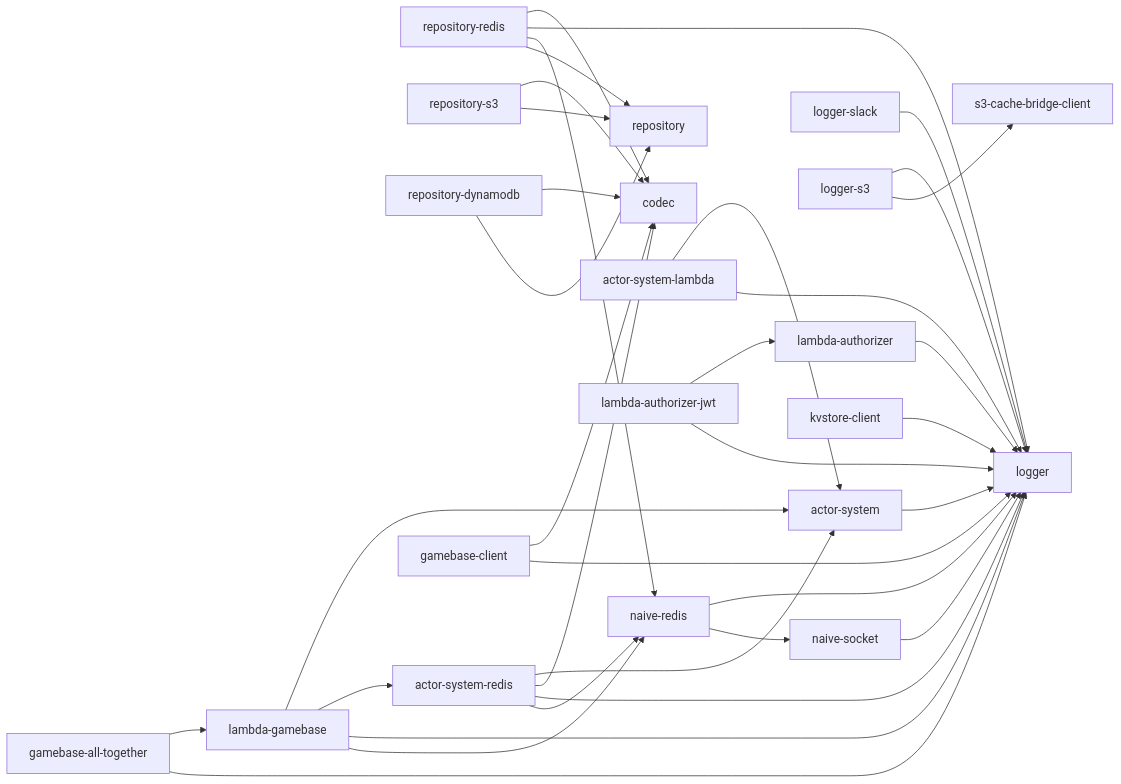
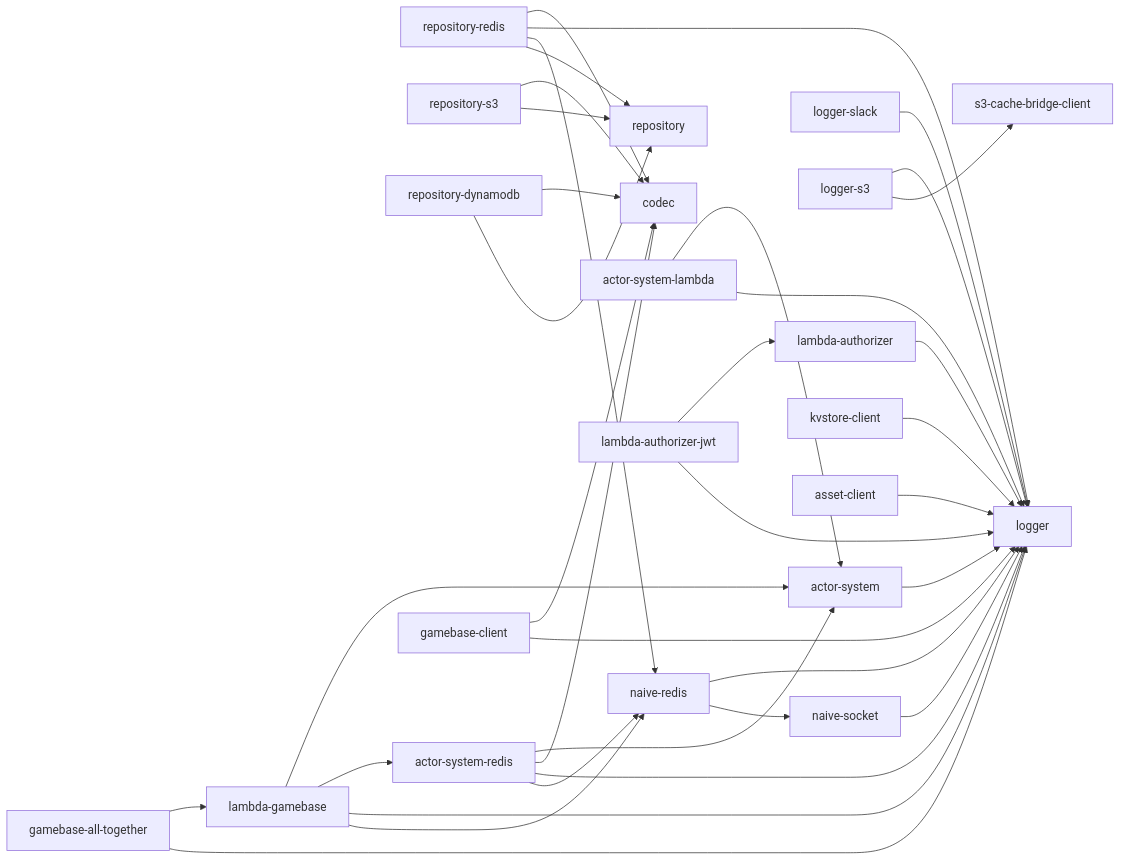
Before and after one commit to yingyeothon/tslib: the diagram in README.md, drawn with Mermaid. The commit also changed other lines of this file and 30 other files, not shown here.

````diff
--- a/README.md
+++ b/README.md
@@ -51,36 +53,37 @@
 ```mermaid
 graph LR
   naive-socket --> logger
   naive-redis --> logger
   naive-redis --> naive-socket
   logger-slack --> logger
   logger-s3 --> logger
   logger-s3 --> s3-cache-bridge-client
   repository-redis --> codec
   repository-redis --> logger
   repository-redis --> naive-redis
   repository-redis --> repository
   repository-s3 --> codec
   repository-s3 --> repository
   repository-dynamodb --> codec
   repository-dynamodb --> repository
   actor-system --> logger
   actor-system-redis --> actor-system
   actor-system-redis --> codec
   actor-system-redis --> logger
   actor-system-redis --> naive-redis
   actor-system-lambda --> actor-system
   actor-system-lambda --> logger
   lambda-authorizer --> logger
   lambda-authorizer-jwt --> lambda-authorizer
   lambda-authorizer-jwt --> logger
   lambda-gamebase --> actor-system
   lambda-gamebase --> actor-system-redis
   lambda-gamebase --> logger
   lambda-gamebase --> naive-redis
   gamebase-all-together --> lambda-gamebase
   gamebase-all-together --> logger
   gamebase-client --> codec
   gamebase-client --> logger
   kvstore-client --> logger
+  asset-client --> logger
 ```
````
